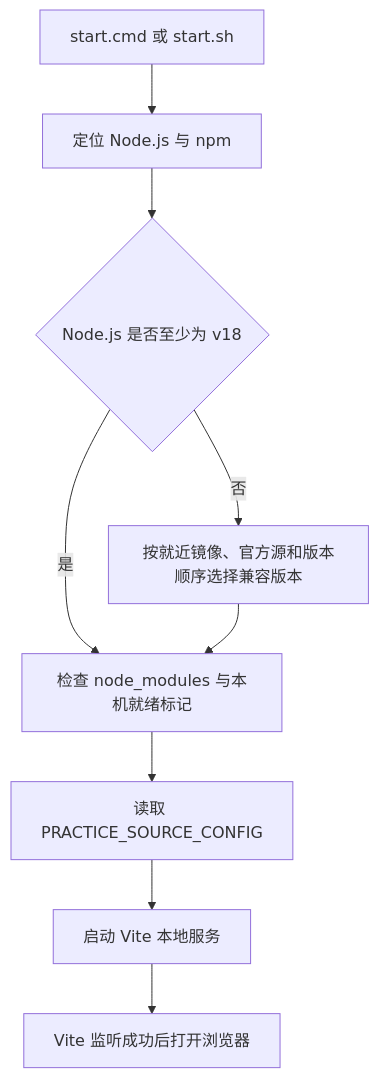
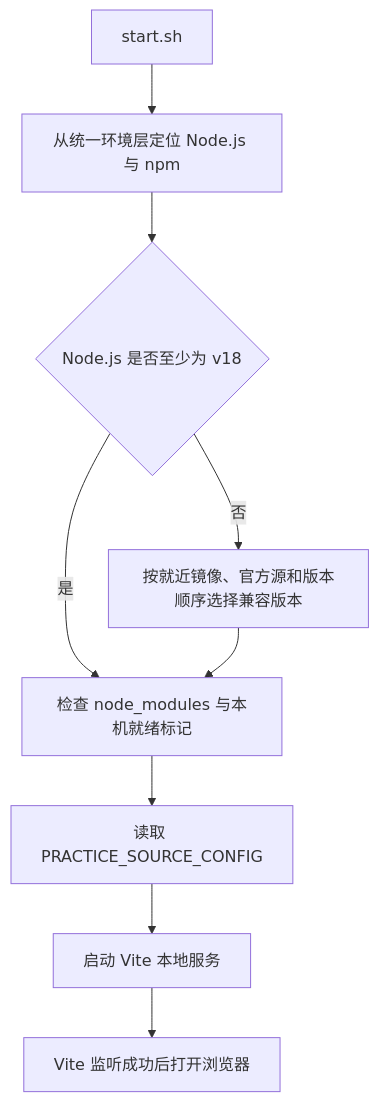
One commit to FormingSystem/linux_note changed the third of 3 diagrams in tools/practice_tool/docs/cross_platform_and_repository_independence.md. Above: the diagram before and after it, drawn with Mermaid. The commit also changed other lines of this file and 14 other files, not shown here.

````diff
--- a/tools/practice_tool/docs/cross_platform_and_repository_independence.md
+++ b/tools/practice_tool/docs/cross_platform_and_repository_independence.md
@@ -191,11 +205,11 @@
 ```mermaid
 flowchart TD
-    E["start.cmd 或 start.sh"] --> N["定位 Node.js 与 npm"]
+    E["start.sh"] --> N["从统一环境层定位 Node.js 与 npm"]
     N --> I{"Node.js 是否至少为 v18"}
     I -->|"否"| P["按就近镜像、官方源和版本顺序选择兼容版本"]
     I -->|"是"| D["检查 node_modules 与本机就绪标记"]
     P --> D
     D --> C["读取 PRACTICE_SOURCE_CONFIG"]
     C --> V["启动 Vite 本地服务"]
     V --> B["Vite 监听成功后打开浏览器"]
 ```
````
